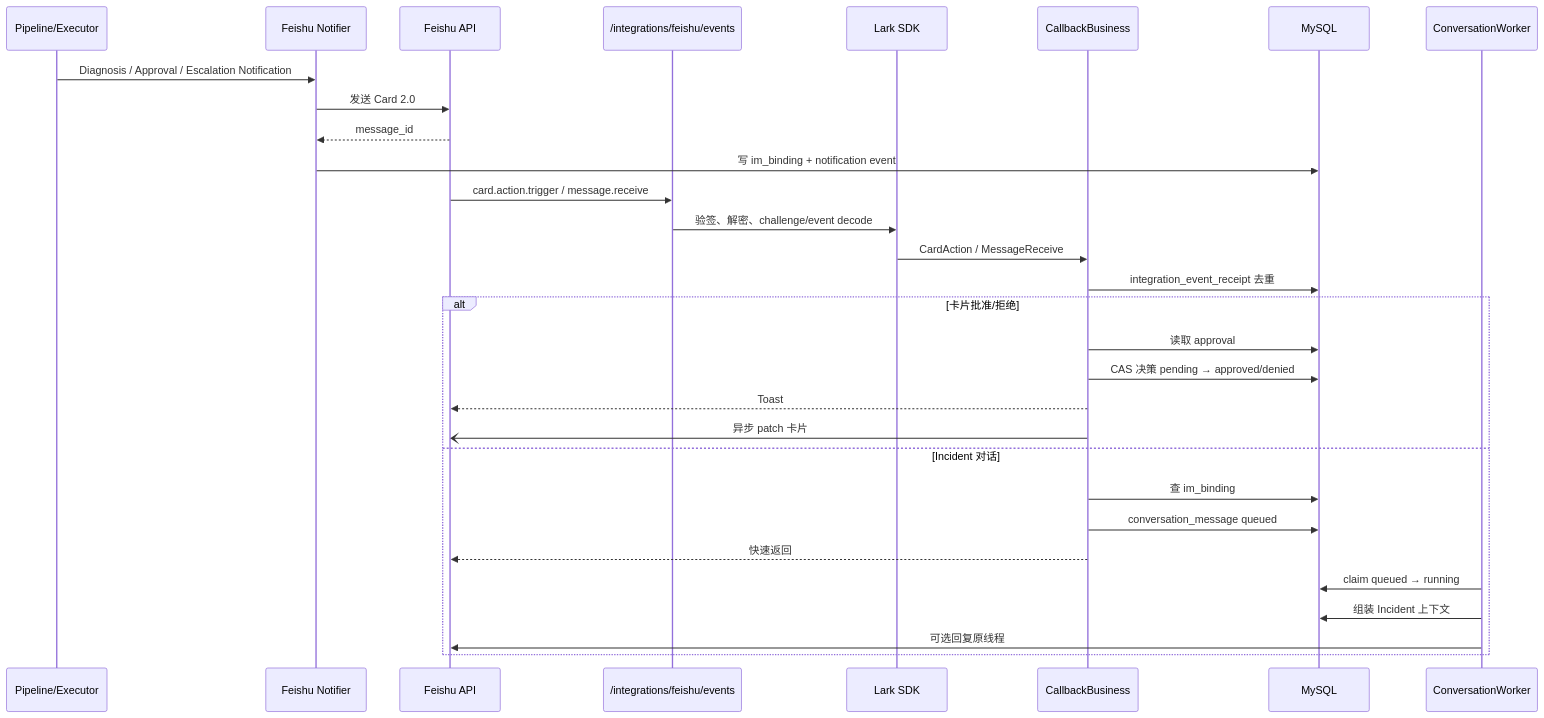
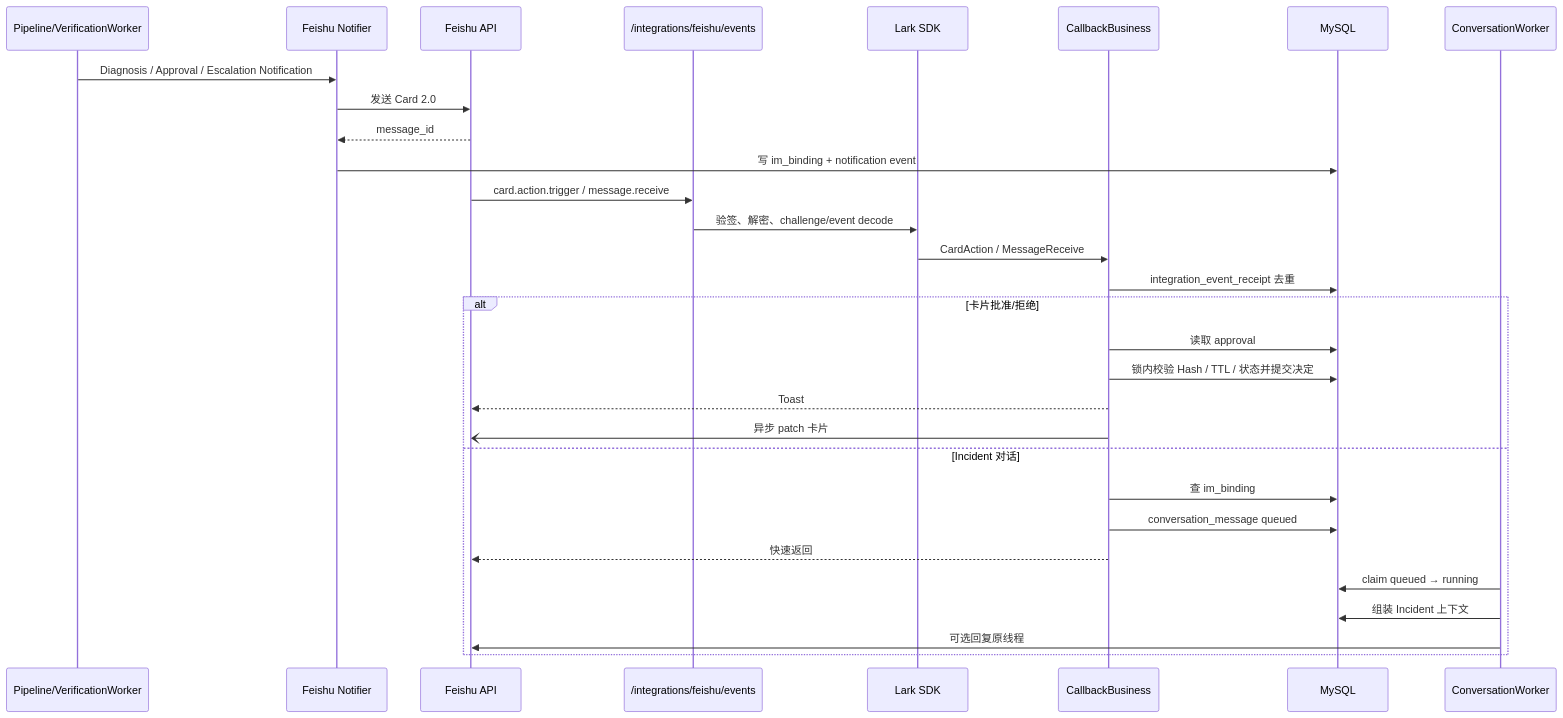
Before and after one commit to shentry/AI-Ops: the eighth of 10 diagrams in docs/current-architecture.md, drawn with Mermaid. The commit also changed other lines of this file and 153 other files, not shown here.

````diff
--- a/docs/current-architecture.md
+++ b/docs/current-architecture.md
@@ -531,35 +560,35 @@
 ```mermaid
 sequenceDiagram
-    participant P as Pipeline/Executor
+    participant P as Pipeline/VerificationWorker
     participant N as Feishu Notifier
     participant F as Feishu API
     participant CB as /integrations/feishu/events
     participant SDK as Lark SDK
     participant BIZ as CallbackBusiness
     participant DB as MySQL
     participant CW as ConversationWorker
 
     P->>N: Diagnosis / Approval / Escalation Notification
     N->>F: 发送 Card 2.0
     F-->>N: message_id
     N->>DB: 写 im_binding + notification event
 
     F->>CB: card.action.trigger / message.receive
     CB->>SDK: 验签、解密、challenge/event decode
     SDK->>BIZ: CardAction / MessageReceive
     BIZ->>DB: integration_event_receipt 去重
 
     alt 卡片批准/拒绝
         BIZ->>DB: 读取 approval
-        BIZ->>DB: CAS 决策 pending → approved/denied
+        BIZ->>DB: 锁内校验 Hash / TTL / 状态并提交决定
         BIZ-->>F: Toast
         BIZ-)F: 异步 patch 卡片
     else Incident 对话
         BIZ->>DB: 查 im_binding
         BIZ->>DB: conversation_message queued
         BIZ-->>F: 快速返回
         CW->>DB: claim queued → running
         CW->>DB: 组装 Incident 上下文
         CW->>F: 可选回复原线程
     end
 ```
````
